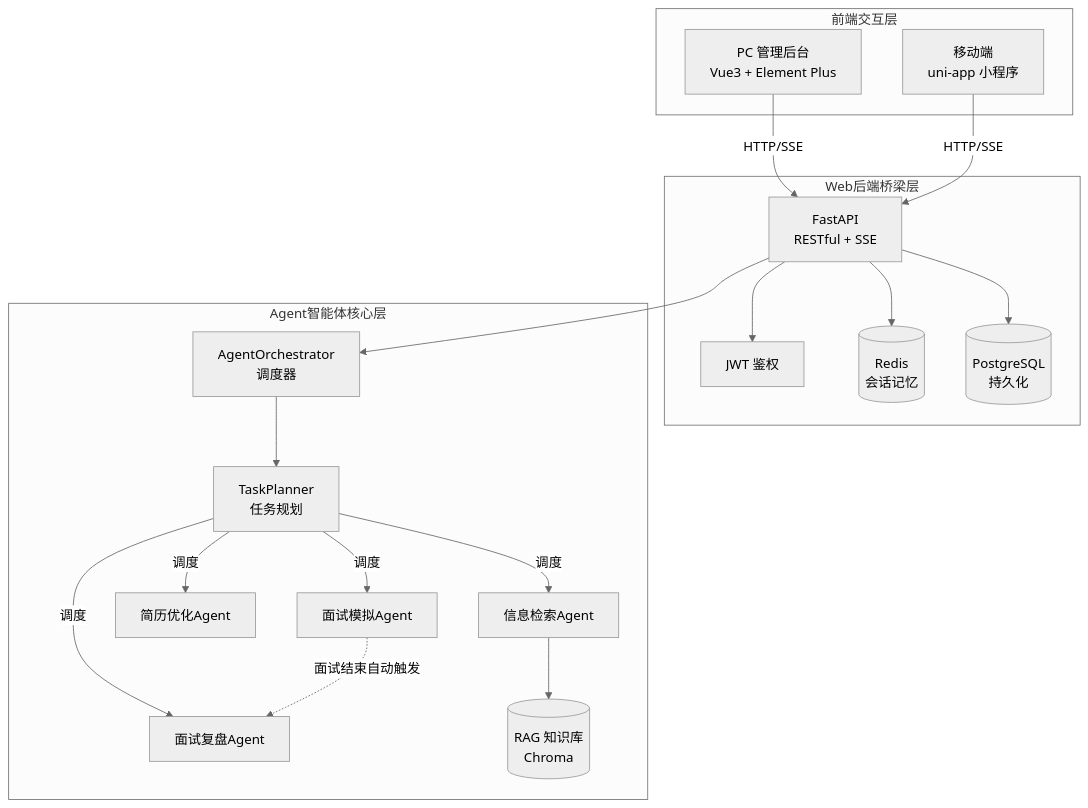
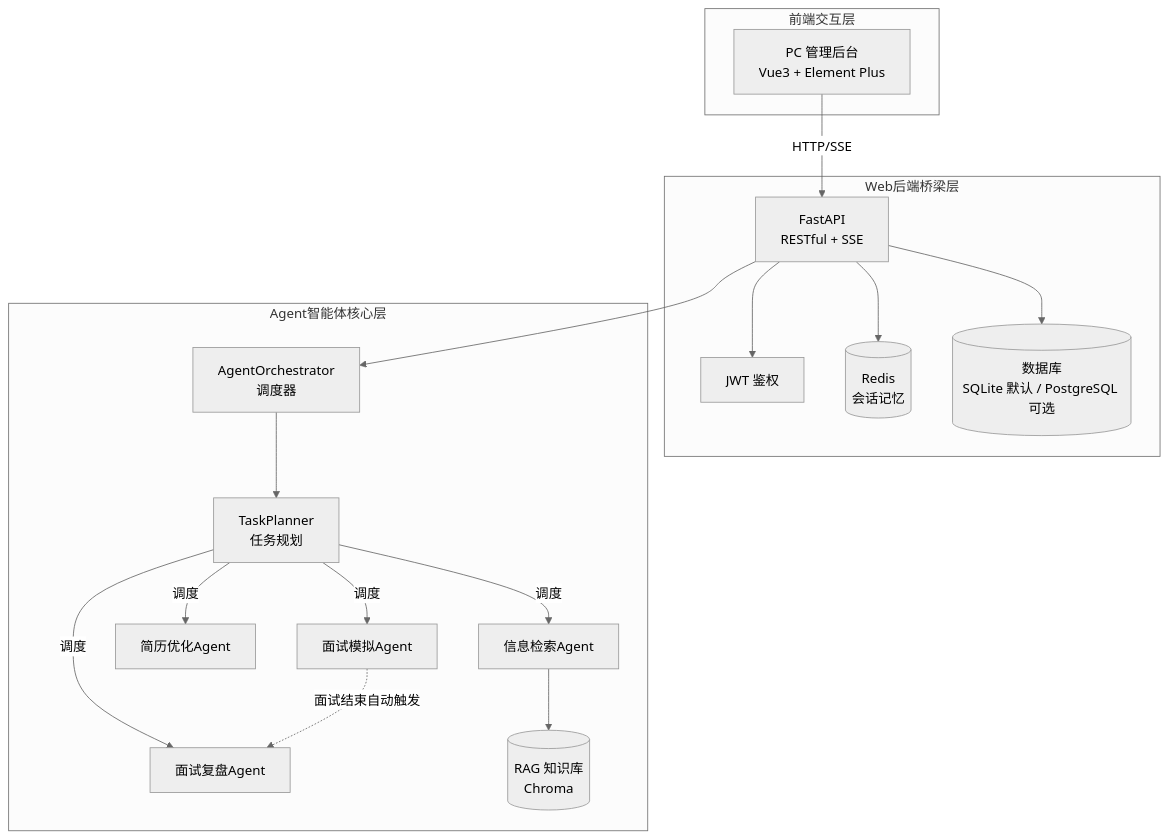
Before and after one commit to A-Lin0/NEW-PROGEAM: the diagram in README.md, drawn with Mermaid (neutral theme). The commit also changed other lines of this file, not shown here.

````diff
--- a/README.md
+++ b/README.md
@@ -7,35 +7,33 @@
 ```mermaid
 graph TB
     subgraph 前端交互层
         PC[PC 管理后台<br/>Vue3 + Element Plus]
-        WX[移动端<br/>uni-app 小程序]
     end
 
     subgraph Web后端桥梁层
         API[FastAPI<br/>RESTful + SSE]
         AUTH[JWT 鉴权]
         REDIS[(Redis<br/>会话记忆)]
-        SQLite[(PostgreSQL<br/>持久化)]
+        DB[(数据库<br/>SQLite 默认 / PostgreSQL 可选)]
     end
 
     subgraph Agent智能体核心层
         ORCH[AgentOrchestrator<br/>调度器]
         PLANNER[TaskPlanner<br/>任务规划]
         RET[信息检索Agent]
         RES[简历优化Agent]
         INT[面试模拟Agent]
         REV[面试复盘Agent]
         RAG[(RAG 知识库<br/>Chroma)]
     end
 
     PC -->|HTTP/SSE| API
-    WX -->|HTTP/SSE| API
     API --> AUTH
     API --> REDIS
-    API --> SQLite
+    API --> DB
     API --> ORCH
     ORCH --> PLANNER
     PLANNER -->|调度| RET & RES & INT & REV
     RET --> RAG
     INT -.->|面试结束自动触发| REV
 ```
````
